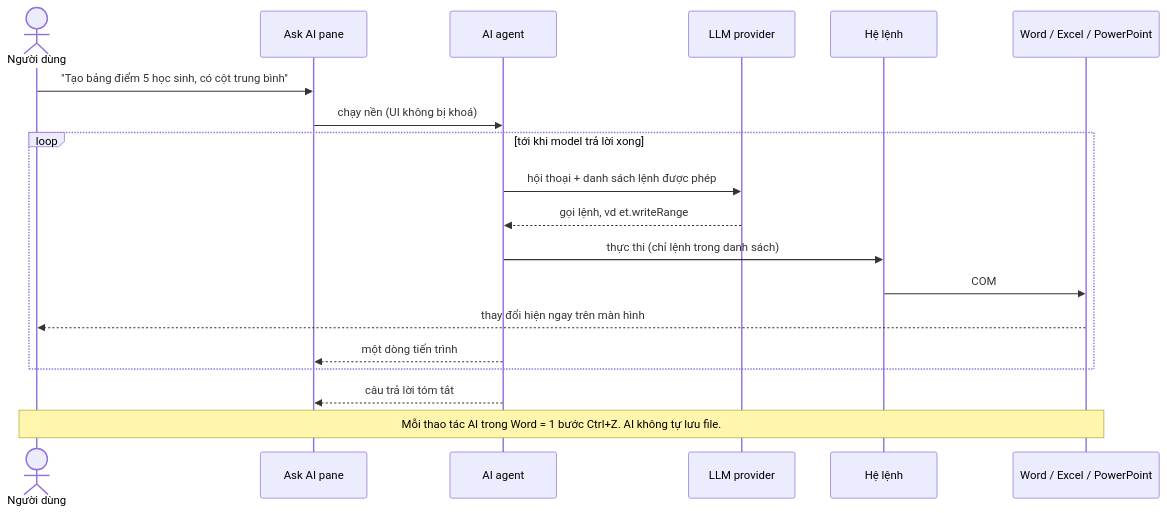
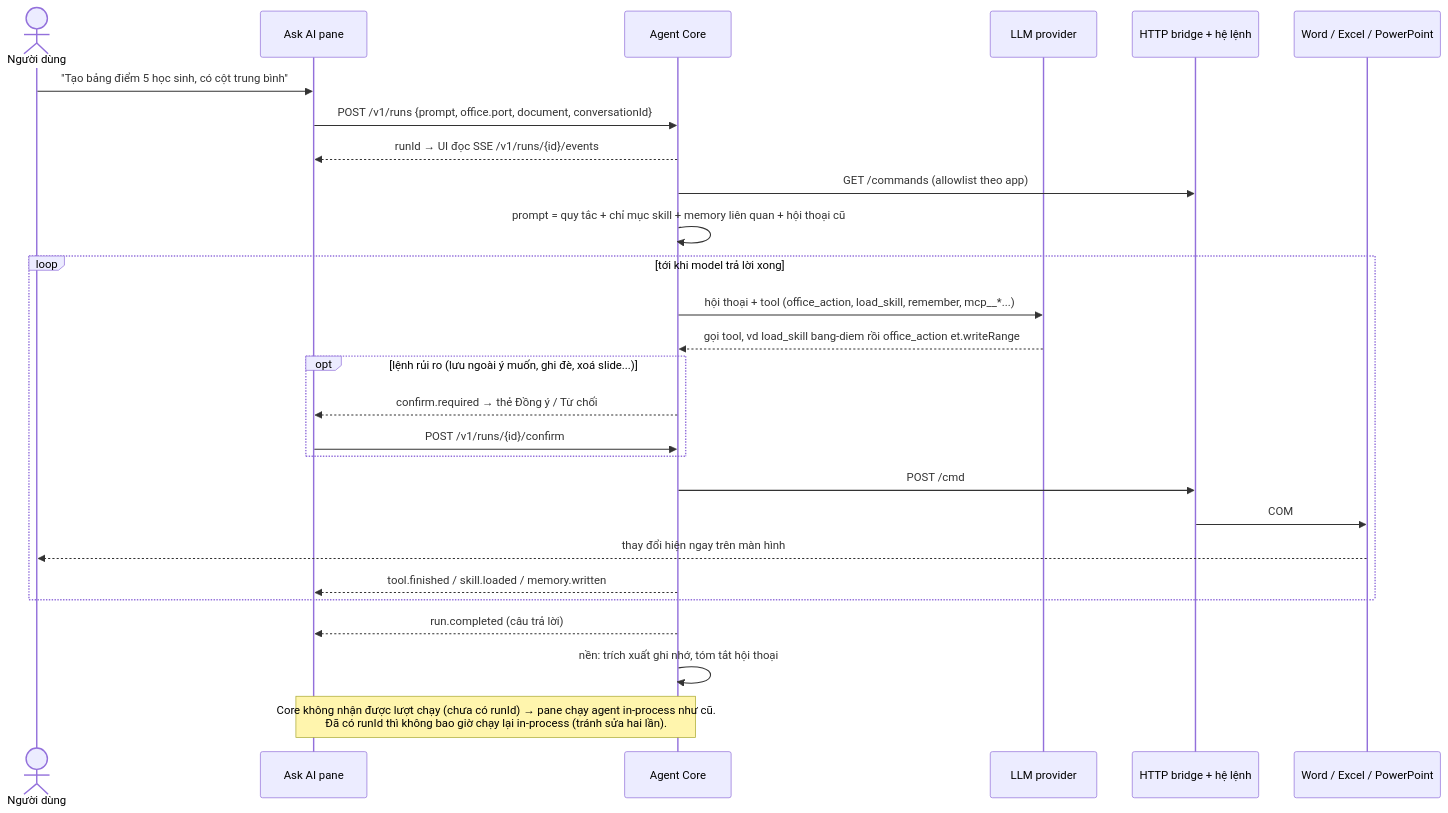
Before and after one commit to rgb-vgx/Axiom-Office: the fourth of 20 diagrams in ARCHITECTURE.MD, drawn with Mermaid. The commit also changed other lines of this file and 3 other files, not shown here.

Commit message:
docs: ARCHITECTURE.MD cho Agent Core (HLD + LLD mục 22), README/CHANGELOG giai đoạn 4

````diff
--- a/ARCHITECTURE.MD
+++ b/ARCHITECTURE.MD
@@ -199,22 +228,30 @@
 ```mermaid
 sequenceDiagram
     actor U as Người dùng
     participant UI as Ask AI pane
-    participant AG as AI agent
+    participant CO as Agent Core
     participant LLM as LLM provider
-    participant CMD as Hệ lệnh
+    participant BR as HTTP bridge + hệ lệnh
     participant APP as Word / Excel / PowerPoint
 
     U->>UI: "Tạo bảng điểm 5 học sinh, có cột trung bình"
-    UI->>AG: chạy nền (UI không bị khoá)
+    UI->>CO: POST /v1/runs {prompt, office.port, document, conversationId}
+    CO-->>UI: runId → UI đọc SSE /v1/runs/{id}/events
+    CO->>BR: GET /commands (allowlist theo app)
+    CO->>CO: prompt = quy tắc + chỉ mục skill + memory liên quan + hội thoại cũ
     loop tới khi model trả lời xong
-        AG->>LLM: hội thoại + danh sách lệnh được phép
-        LLM-->>AG: gọi lệnh, vd et.writeRange
-        AG->>CMD: thực thi (chỉ lệnh trong danh sách)
-        CMD->>APP: COM
+        CO->>LLM: hội thoại + tool (office_action, load_skill, remember, mcp__*...)
+        LLM-->>CO: gọi tool, vd load_skill bang-diem rồi office_action et.writeRange
+        opt lệnh rủi ro (lưu ngoài ý muốn, ghi đè, xoá slide...)
+            CO-->>UI: confirm.required → thẻ Đồng ý / Từ chối
+            UI->>CO: POST /v1/runs/{id}/confirm
+        end
+        CO->>BR: POST /cmd
+        BR->>APP: COM
         APP-->>U: thay đổi hiện ngay trên màn hình
-        AG-->>UI: một dòng tiến trình
+        CO-->>UI: tool.finished / skill.loaded / memory.written
     end
-    AG-->>UI: câu trả lời tóm tắt
-    Note over U,APP: Mỗi thao tác AI trong Word = 1 bước Ctrl+Z. AI không tự lưu file.
+    CO-->>UI: run.completed (câu trả lời)
+    CO->>CO: nền: trích xuất ghi nhớ, tóm tắt hội thoại
+    Note over UI,CO: Core không nhận được lượt chạy (chưa có runId) → pane chạy agent in-process như cũ.<br/>Đã có runId thì không bao giờ chạy lại in-process (tránh sửa hai lần).
 ```
````
